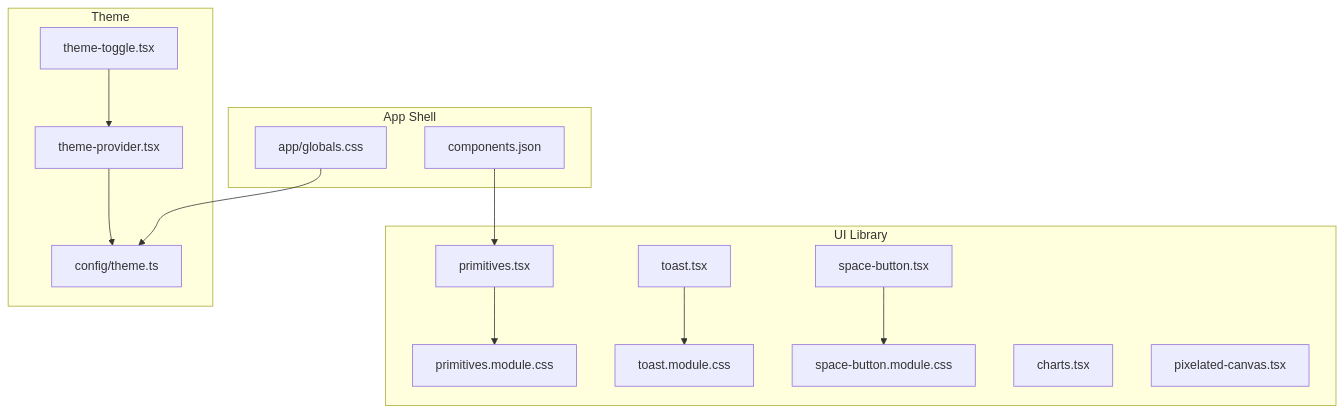
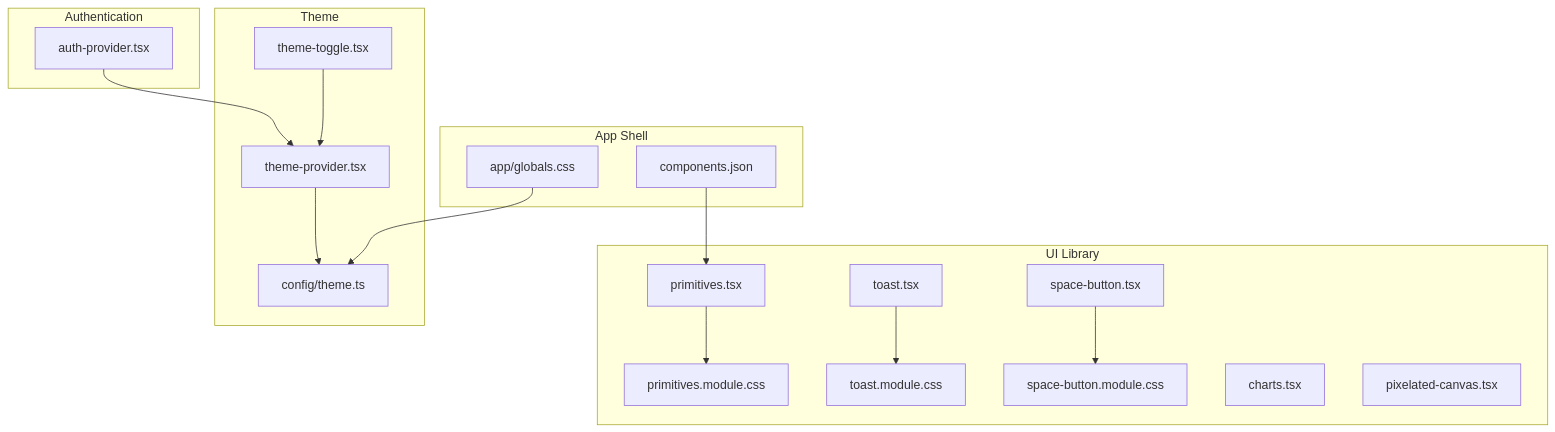
One commit to HassanAmeer/cheaprouter changed the first of 10 diagrams in .qoder/repowiki/en/content/Frontend Architecture/Component Library/Component Library.md. Above: the diagram before and after it, drawn with Mermaid. The commit also changed other lines of this file and 54 other files, not shown here.

````diff
--- a/.qoder/repowiki/en/content/Frontend Architecture/Component Library/Component Library.md
+++ b/.qoder/repowiki/en/content/Frontend Architecture/Component Library/Component Library.md
@@ -38,29 +50,33 @@
 ```mermaid
 graph TB
 subgraph "UI Library"
 primitives["primitives.tsx"]
 primitives_css["primitives.module.css"]
 toast["toast.tsx"]
 toast_css["toast.module.css"]
 space_button["space-button.tsx"]
 space_button_css["space-button.module.css"]
 charts["charts.tsx"]
 pixelated_canvas["pixelated-canvas.tsx"]
+end
+subgraph "Authentication"
+auth_provider["auth-provider.tsx"]
 end
 subgraph "Theme"
 theme_provider["theme-provider.tsx"]
 theme_toggle["theme-toggle.tsx"]
 theme_config["config/theme.ts"]
 end
 subgraph "App Shell"
 globals["app/globals.css"]
 shadcn_cfg["components.json"]
 end
 primitives --> primitives_css
 toast --> toast_css
 space_button --> space_button_css
+auth_provider --> theme_provider
 theme_provider --> theme_config
 theme_toggle --> theme_provider
 globals --> theme_config
 shadcn_cfg --> primitives
 ```
````
